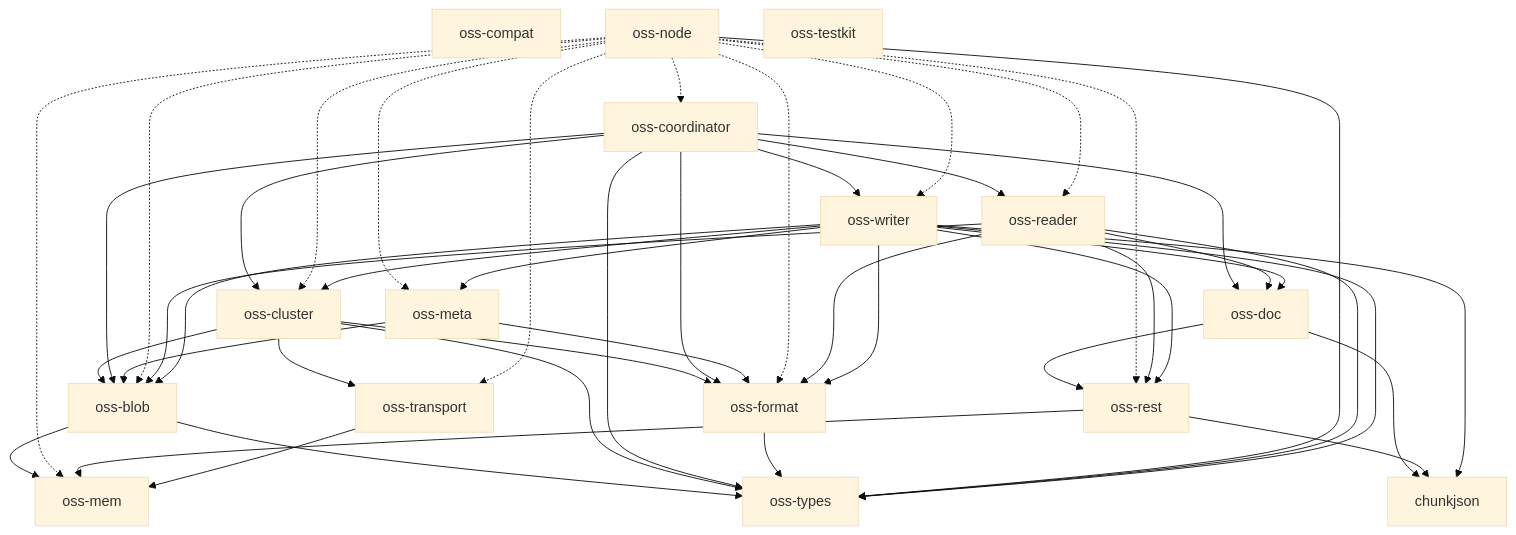
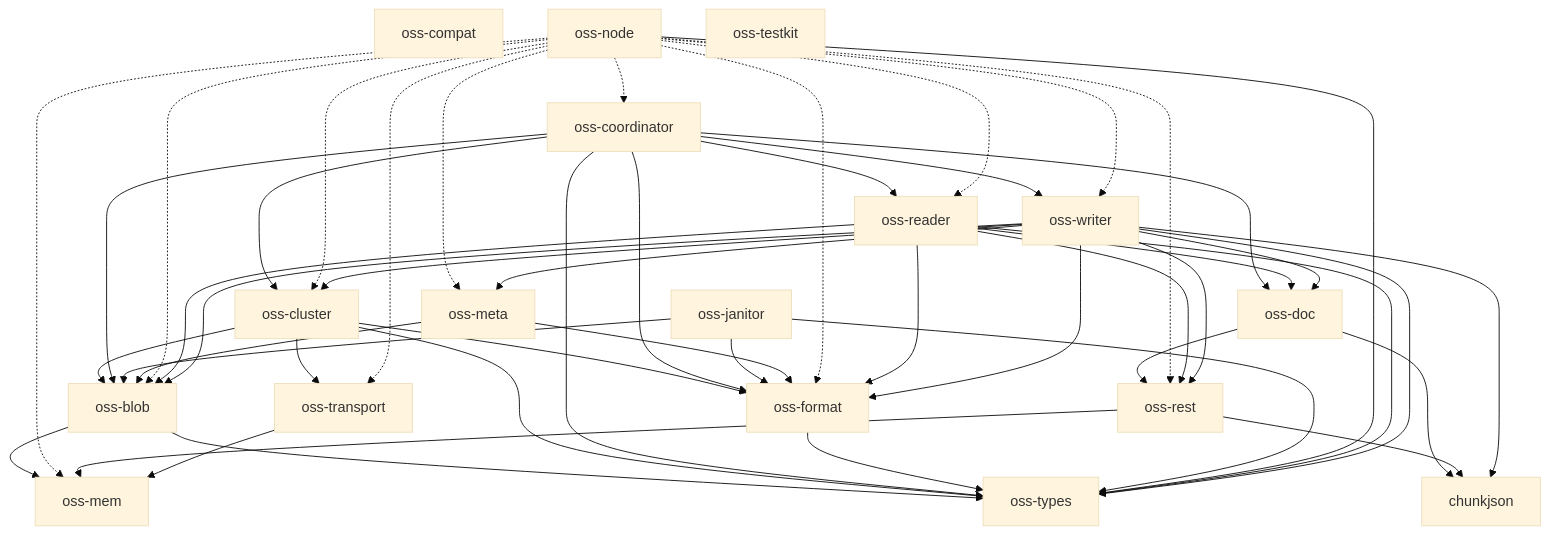
One commit to huyz0/opensearch-serverless changed the diagram in docs/architecture.md. Above: the diagram before and after it, drawn with Mermaid (base theme). The commit also changed other lines of this file and 19 other files, not shown here.

````diff
--- a/docs/architecture.md
+++ b/docs/architecture.md
@@ -10,53 +10,56 @@
 ```mermaid
 graph TD
     chunkjson
     oss-blob --> oss-mem
     oss-blob --> oss-types
     oss-cluster --> oss-blob
     oss-cluster --> oss-format
     oss-cluster --> oss-transport
     oss-cluster --> oss-types
     oss-compat
     oss-coordinator --> oss-blob
     oss-coordinator --> oss-cluster
     oss-coordinator --> oss-doc
     oss-coordinator --> oss-format
     oss-coordinator --> oss-reader
     oss-coordinator --> oss-types
     oss-coordinator --> oss-writer
     oss-doc --> chunkjson
     oss-doc --> oss-rest
     oss-format --> oss-types
+    oss-janitor --> oss-blob
+    oss-janitor --> oss-format
+    oss-janitor --> oss-types
     oss-mem
     oss-meta --> oss-blob
     oss-meta --> oss-format
     oss-node -.-> oss-blob
     oss-node -.-> oss-cluster
     oss-node -.-> oss-coordinator
     oss-node -.-> oss-format
     oss-node -.-> oss-mem
     oss-node -.-> oss-meta
     oss-node -.-> oss-reader
     oss-node -.-> oss-rest
     oss-node -.-> oss-transport
     oss-node --> oss-types
     oss-node -.-> oss-writer
     oss-reader --> oss-blob
     oss-reader --> oss-doc
     oss-reader --> oss-format
     oss-reader --> oss-rest
     oss-reader --> oss-types
     oss-rest --> chunkjson
     oss-rest --> oss-mem
     oss-testkit
     oss-transport --> oss-mem
     oss-types
     oss-writer --> chunkjson
     oss-writer --> oss-blob
     oss-writer --> oss-cluster
     oss-writer --> oss-doc
     oss-writer --> oss-format
     oss-writer --> oss-meta
     oss-writer --> oss-rest
     oss-writer --> oss-types
 ```
````
